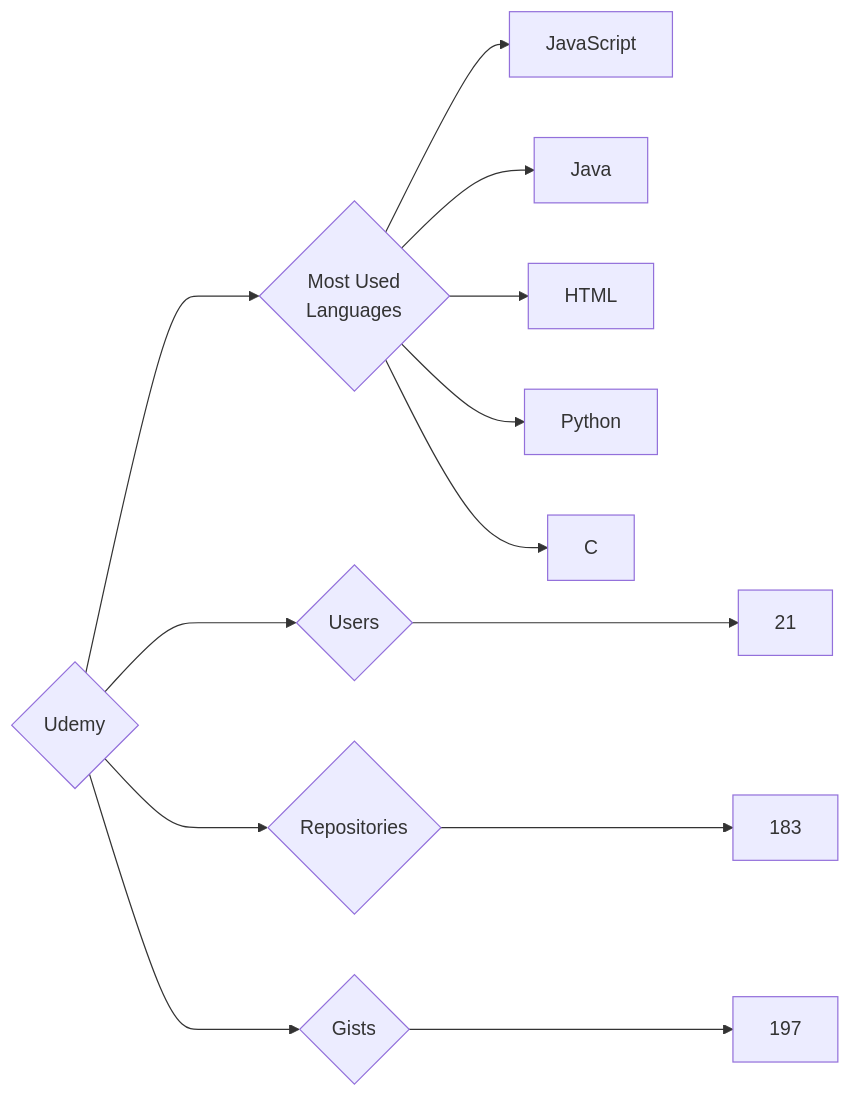
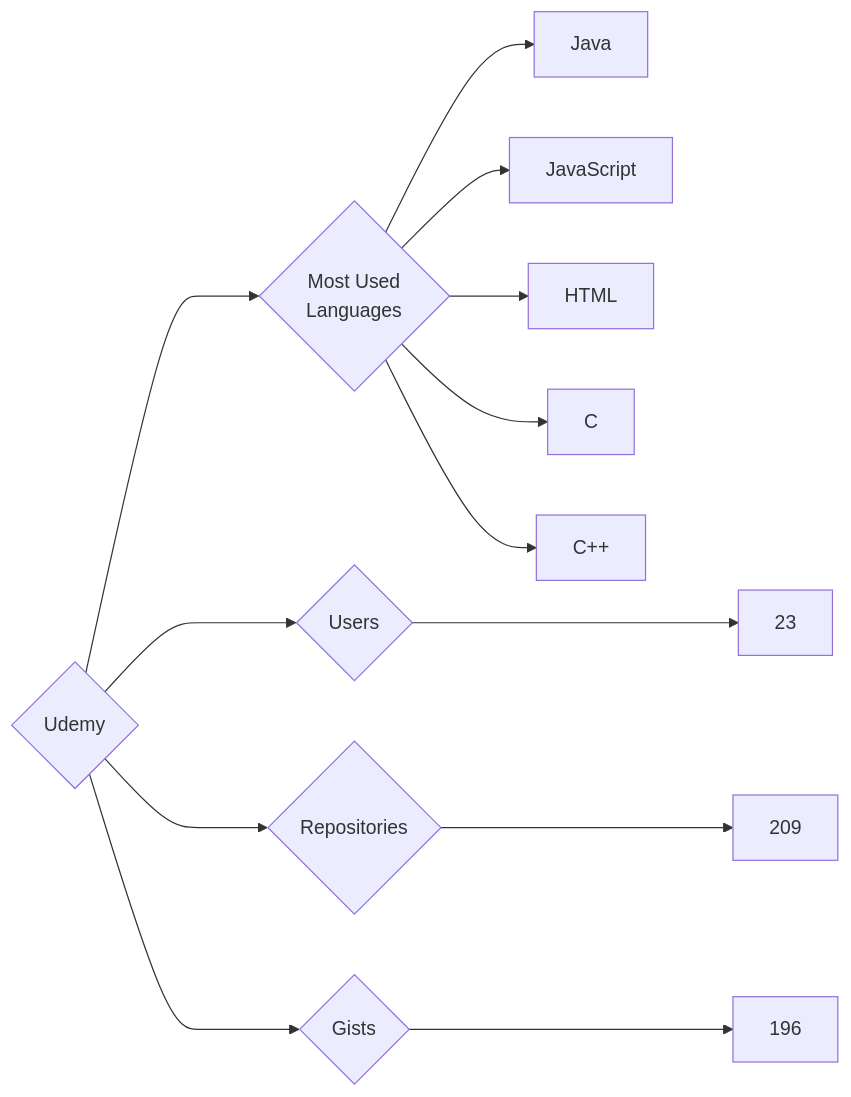
One commit to trickest/insiders changed the diagram in targets/Udemy/README.md. Above: the diagram before and after it, drawn with Mermaid. The commit also changed 1011 other files, not shown here.

````diff
--- a/targets/Udemy/README.md
+++ b/targets/Udemy/README.md
@@ -3,13 +3,13 @@
 ```mermaid
 graph LR
 COMPANY_NAME{Udemy}
-COMPANY_NAME ---> U{Users} ---> UN[21]
-COMPANY_NAME ---> R{Repositories} ---> RN[183]
-COMPANY_NAME ---> G{Gists} ---> GN[197]
+COMPANY_NAME ---> U{Users} ---> UN[23]
+COMPANY_NAME ---> R{Repositories} ---> RN[209]
+COMPANY_NAME ---> G{Gists} ---> GN[196]
 COMPANY_NAME ---> ML{Most Used<br>Languages}
+ML --> Java[Java]
 ML --> JavaScript[JavaScript]
-ML --> Java[Java]
 ML --> HTML[HTML]
-ML --> Python[Python]
 ML --> C[C]
+ML --> C++[C++]
 ```
````
